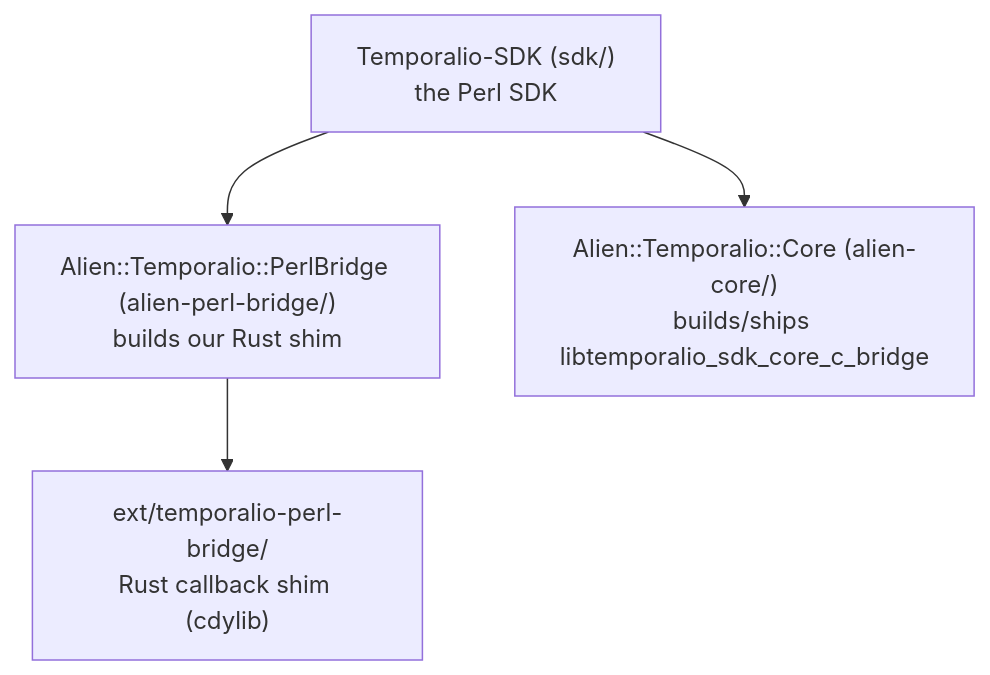
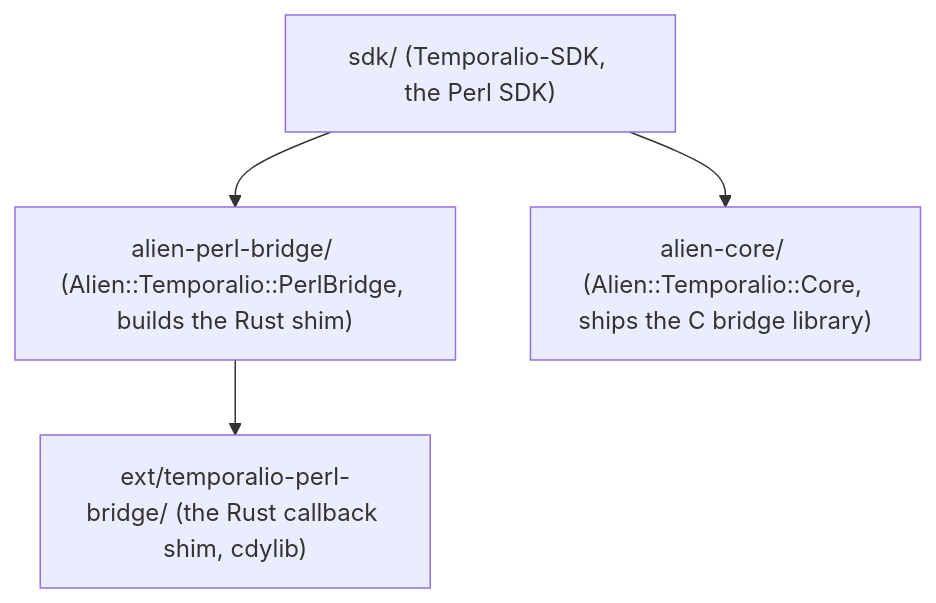
The diagram in README.md (MasonEgger/sdk-perl), drawn with Mermaid before and after one commit. The commit also changed other lines of this file and 5 other files, not shown here.

First line of the commit message:
Land the orphaned README fixes: mermaid, snippets, repo URLs (#20)

````diff
--- a/README.md
+++ b/README.md
@@ -186,11 +191,11 @@
 ```mermaid
 flowchart TD
-    SDK["Temporalio-SDK (sdk/)<br/>the Perl SDK"]
-    PB["Alien::Temporalio::PerlBridge (alien-perl-bridge/)<br/>builds our Rust shim"]
-    CORE["Alien::Temporalio::Core (alien-core/)<br/>builds/ships libtemporalio_sdk_core_c_bridge"]
-    SHIM["ext/temporalio-perl-bridge/<br/>Rust callback shim (cdylib)"]
+    SDK["sdk/ (Temporalio-SDK, the Perl SDK)"]
+    PB["alien-perl-bridge/ (Alien::Temporalio::PerlBridge, builds the Rust shim)"]
+    CORE["alien-core/ (Alien::Temporalio::Core, ships the C bridge library)"]
+    SHIM["ext/temporalio-perl-bridge/ (the Rust callback shim, cdylib)"]
 
     SDK --> PB
     SDK --> CORE
     PB --> SHIM
 ```
````
